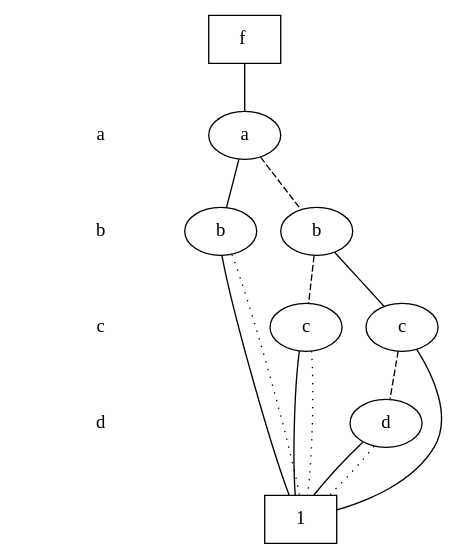
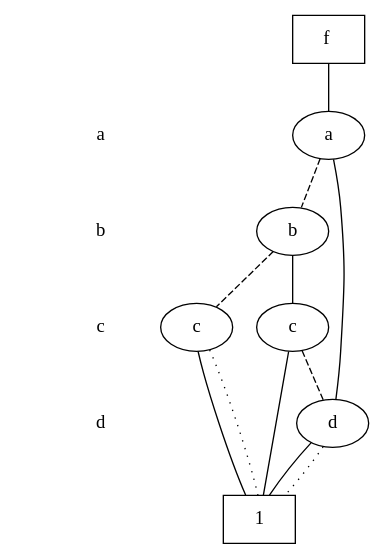
Before and after one commit to Yu-Utah/ECE-CS-5740-6740-CAD: the diagram in BDDs/blifbdd-package/blif2bdd/test-L14.add.dot, drawn with Graphviz. The commit also changed 7 other files, not shown here.

```diff
--- a/BDDs/blifbdd-package/blif2bdd/test-L14.add.dot
+++ b/BDDs/blifbdd-package/blif2bdd/test-L14.add.dot
@@ -1,44 +1,41 @@
 digraph "DD" {
 size = "7.5,10"
 center = true;
 edge [dir = none];
 { node [shape = plaintext];
   edge [style = invis];
   "CONST NODES" [style = invis];
 " a " -> " b " -> " c " -> " d " -> "CONST NODES"; 
 }
 { rank = same; node [shape = box]; edge [style = invis];
 "  f  "; }
 { rank = same; " a ";
-"0x58" [label="a"];
+"0x57" [label="a"];
 }
 { rank = same; " b ";
-"0x4d" [label="b"];
-"0x57" [label="b"];
+"0x56" [label="b"];
 }
 { rank = same; " c ";
 "0x4e" [label="c"];
-"0x56" [label="c"];
+"0x55" [label="c"];
 }
 { rank = same; " d ";
 "0x4f" [label="d"];
 }
 { rank = same; "CONST NODES";
 { node [shape = box]; "0x48";
 }
 }
-"  f  " -> "0x58" [style = solid];
-"0x58" -> "0x4d";
-"0x58" -> "0x57" [style = dashed];
-"0x4d" -> "0x48";
-"0x4d" -> "0x48" [style = dotted];
-"0x57" -> "0x56";
-"0x57" -> "0x4e" [style = dashed];
+"  f  " -> "0x57" [style = solid];
+"0x57" -> "0x4f";
+"0x57" -> "0x56" [style = dashed];
+"0x56" -> "0x55";
+"0x56" -> "0x4e" [style = dashed];
 "0x4e" -> "0x48";
 "0x4e" -> "0x48" [style = dotted];
-"0x56" -> "0x48";
-"0x56" -> "0x4f" [style = dashed];
+"0x55" -> "0x48";
+"0x55" -> "0x4f" [style = dashed];
 "0x4f" -> "0x48";
 "0x4f" -> "0x48" [style = dotted];
 "0x48" [label = "1"];
 }
```
